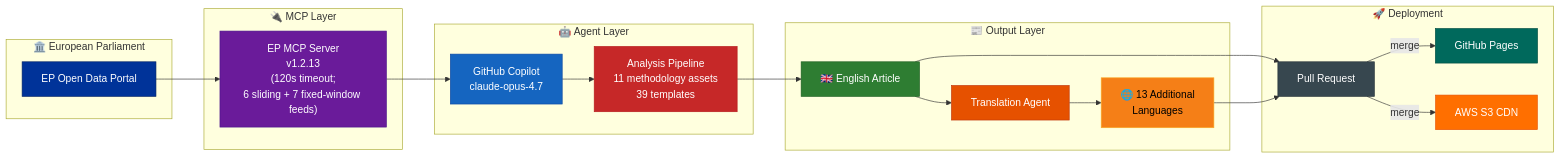
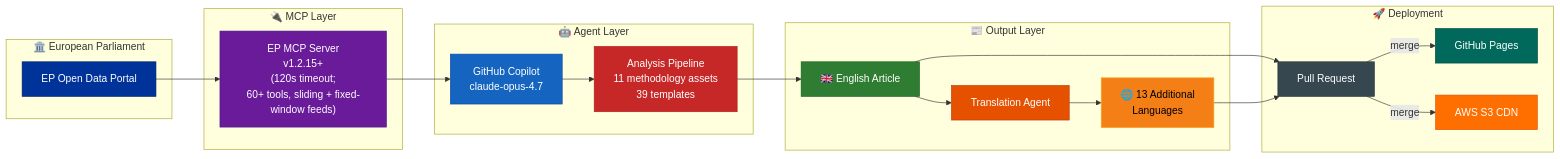
Diagram 22 of 22 in WORKFLOWS.md (Hack23/euparliamentmonitor), drawn with Mermaid before and after one commit. The commit also changed other lines of this file and 6 other files, not shown here.

````diff
--- a/WORKFLOWS.md
+++ b/WORKFLOWS.md
@@ -1956,42 +1942,42 @@
 ```mermaid
 flowchart LR
     subgraph "🏛️ European Parliament"
         EP["EP Open Data Portal"]
     end
 
     subgraph "🔌 MCP Layer"
-        MCP["EP MCP Server<br/>v1.2.13<br/>(120s timeout;<br/>6 sliding + 7 fixed-window feeds)"]
+        MCP["EP MCP Server<br/>v1.2.15+<br/>(120s timeout;<br/>60+ tools, sliding + fixed-window feeds)"]
     end
 
     subgraph "🤖 Agent Layer"
         Agent["GitHub Copilot<br/>claude-opus-4.7"]
         Analyze["Analysis Pipeline<br/>11 methodology assets<br/>39 templates"]
     end
 
     subgraph "📰 Output Layer"
         EN["🇬🇧 English Article"]
         Translate["Translation Agent"]
         Multi["🌐 13 Additional<br/>Languages"]
     end
 
     subgraph "🚀 Deployment"
         PR["Pull Request"]
         Pages["GitHub Pages"]
         S3["AWS S3 CDN"]
     end
 
     EP --> MCP --> Agent --> Analyze --> EN --> PR
     EN --> Translate --> Multi --> PR
     PR --> |"merge"| Pages & S3
 
     style EP fill:#003399,stroke:#002266,color:#FFFFFF
     style MCP fill:#6A1B9A,stroke:#4A148C,color:#FFFFFF
     style Agent fill:#1565C0,stroke:#0D47A1,color:#FFFFFF
     style Analyze fill:#C62828,stroke:#B71C1C,color:#FFFFFF
     style EN fill:#2E7D32,stroke:#1B5E20,color:#FFFFFF
     style Translate fill:#E65100,stroke:#BF360C,color:#FFFFFF
     style Multi fill:#F57F17,stroke:#F9A825,color:#000000
     style PR fill:#37474F,stroke:#263238,color:#FFFFFF
     style Pages fill:#00695C,stroke:#004D40,color:#FFFFFF
     style S3 fill:#FF6F00,stroke:#E65100,color:#FFFFFF
 ```
````
